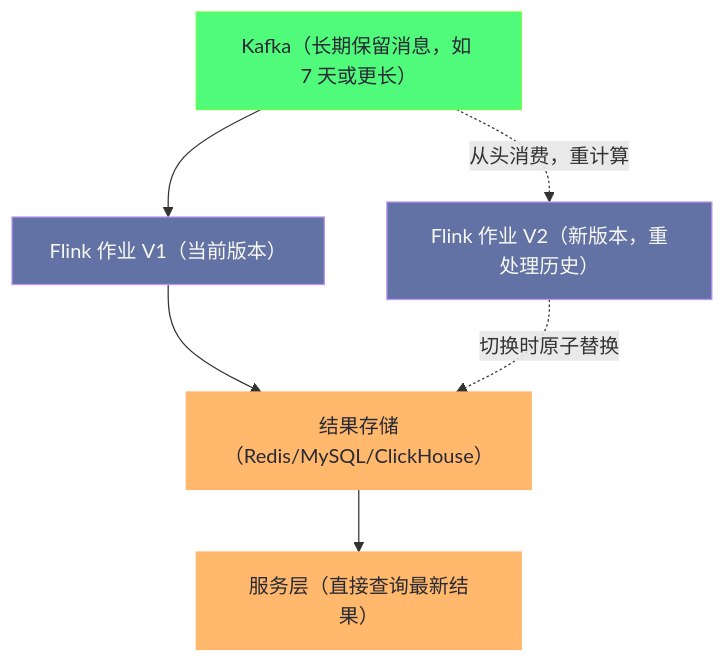
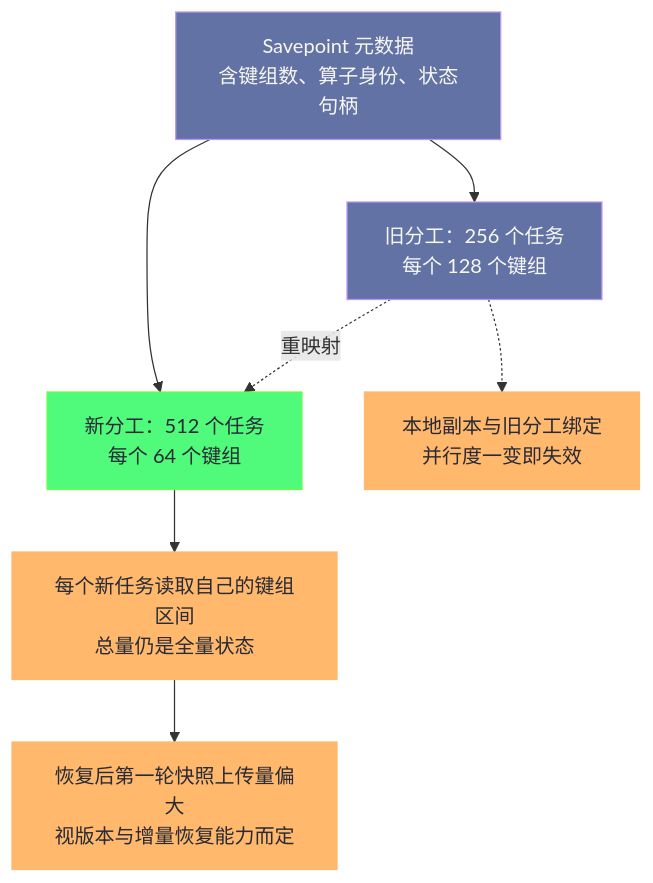
One commit to hpliStartAgain/my-brain changed the fifth of 5 diagrams in content/大数据/Flink/Flink原理深度解析与性能优化/10 Flink 大规模生产实践.md. Above: the diagram before and after it, drawn with Mermaid. The commit also changed other lines of this file and 455 other files, not shown here.

````diff
--- a/content/大数据/Flink/Flink原理深度解析与性能优化/10 Flink 大规模生产实践.md
+++ b/content/大数据/Flink/Flink原理深度解析与性能优化/10 Flink 大规模生产实践.md
@@ -170,19 +458,21 @@
 ```mermaid
 %%{init: {'theme': 'dracula'}}%%
-graph TD
-    classDef source fill:#50fa7b,stroke:#69ff47,color:#282a36
-    classDef stream fill:#6272a4,stroke:#bd93f9,color:#f8f8f2
-    classDef serve fill:#ffb86c,stroke:#ffb86c,color:#282a36
+flowchart TB
+    classDef old fill:#6272a4,stroke:#bd93f9,color:#f8f8f2
+    classDef new fill:#50fa7b,stroke:#69ff47,color:#282a36
+    classDef warn fill:#ffb86c,stroke:#ffb86c,color:#282a36
 
-    KAFKA["Kafka（长期保留消息，如 7 天或更长）"]:::source
+    SP["Savepoint 元数据<br/>含键组数、算子身份、状态句柄"]:::old
+    OLD["旧分工：256 个任务<br/>每个 128 个键组"]:::old
+    NEW["新分工：512 个任务<br/>每个 64 个键组"]:::new
+    READ["每个新任务读取自己的键组区间<br/>总量仍是全量状态"]:::warn
+    LOCAL["本地副本与旧分工绑定<br/>并行度一变即失效"]:::warn
+    FIRST["恢复后第一轮快照上传量偏大<br/>视版本与增量恢复能力而定"]:::warn
 
-    SL1["Flink 作业 V1（当前版本）"]:::stream
-    SL2["Flink 作业 V2（新版本，重处理历史）"]:::stream
-
-    RESULT["结果存储</br>（Redis/MySQL/ClickHouse）"]:::serve
-    SERVE["服务层（直接查询最新结果）"]:::serve
-
-    KAFKA --> SL1 --> RESULT
-    KAFKA -.->|"从头消费，重计算"| SL2 -.->|"切换时原子替换"| RESULT
-    RESULT --> SERVE
+    SP --> OLD
+    SP --> NEW
+    OLD -.->|"重映射"| NEW
+    NEW --> READ
+    OLD -.-> LOCAL
+    READ --> FIRST
 ```
````
